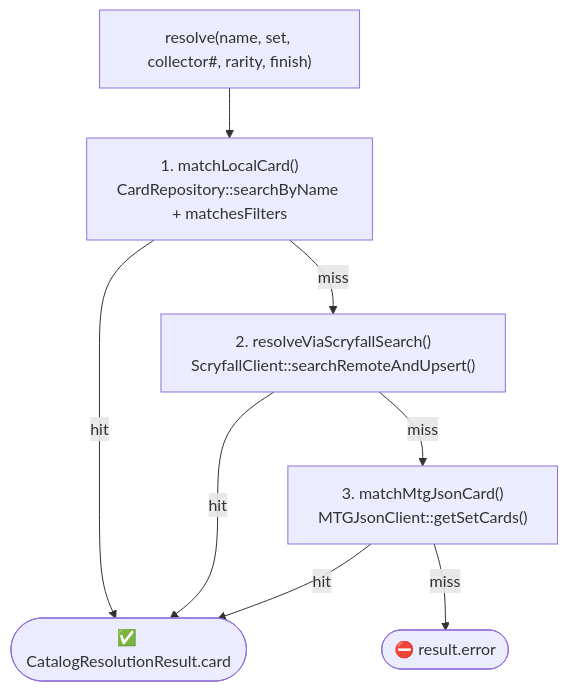
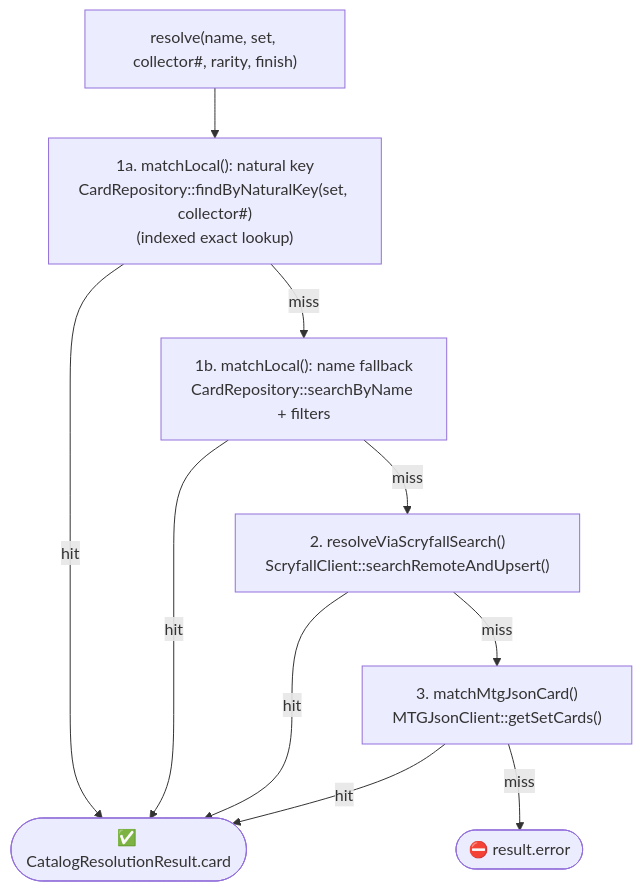
The sixth of 6 diagrams in architecture/catalog-and-inventory.md (tedy97123/store), drawn with Mermaid before and after one commit. The commit also changed other lines of this file and 19 other files, not shown here.

First line of the commit message:
Scale card catalog and import pipeline for multi-store growth

````diff
--- a/architecture/catalog-and-inventory.md
+++ b/architecture/catalog-and-inventory.md
@@ -156,10 +159,12 @@
 ```mermaid
 flowchart TD
-    start["resolve(name, set, collector#, rarity, finish)"] --> local["1. matchLocalCard()<br/>CardRepository::searchByName + matchesFilters"]
-    local -->|hit| done([✅ CatalogResolutionResult.card])
-    local -->|miss| scry["2. resolveViaScryfallSearch()<br/>ScryfallClient::searchRemoteAndUpsert()"]
+    start["resolve(name, set, collector#, rarity, finish)"] --> nk["1a. matchLocal(): natural key<br/>CardRepository::findByNaturalKey(set, collector#)<br/>(indexed exact lookup)"]
+    nk -->|hit| done([✅ CatalogResolutionResult.card])
+    nk -->|miss| byname["1b. matchLocal(): name fallback<br/>CardRepository::searchByName + filters"]
+    byname -->|hit| done
+    byname -->|miss| scry["2. resolveViaScryfallSearch()<br/>ScryfallClient::searchRemoteAndUpsert()"]
     scry -->|hit| done
     scry -->|miss| mtg["3. matchMtgJsonCard()<br/>MTGJsonClient::getSetCards()"]
     mtg -->|hit| done
     mtg -->|miss| err([⛔ result.error])
 ```
````
